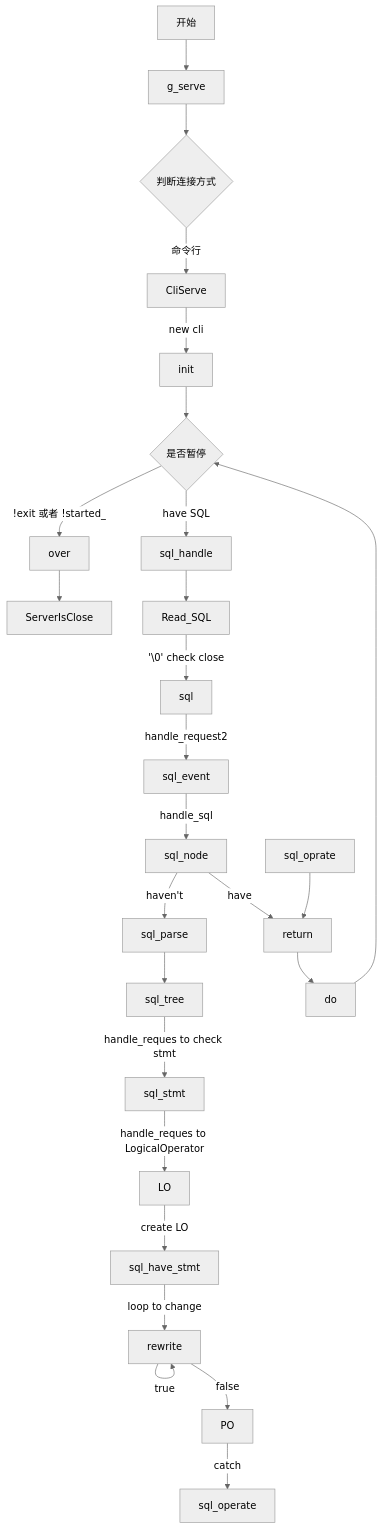
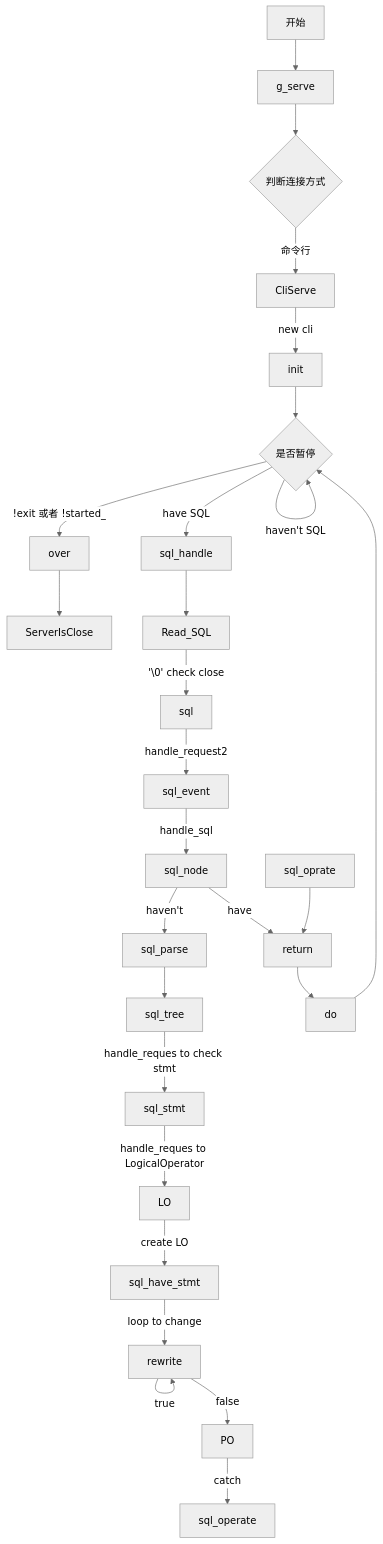
Before and after one commit to jyoushitou/Blog-Article: the diagram in article/2026_09_26.md, drawn with Mermaid (neutral theme).

Commit message:
20260926v14

````diff
--- a/article/2026_09_26.md
+++ b/article/2026_09_26.md
@@ -208,28 +208,29 @@
 ```mermaid
 graph TD
   main[开始] --> g_serve
   g_serve --> serve{判断连接方式}
   serve -->|命令行| cli[CliServe]
   cli --> |new cli| init
   init --> while{是否暂停}
   while --> |have SQL| sql_handle
+  while --> |haven't SQL| while
   while --> |!exit 或者 !started_ | over
   over --> ServerIsClose
   sql_handle --> Read_SQL
   Read_SQL --> |'\0' check close| sql
   sql -->  |handle_request2| sql_event
   sql_event --> |handle_sql| sql_node
   sql_node --> |have| return 
   sql_node --> |haven't| sql_parse
   sql_parse --> sql_tree
   sql_tree --> |handle_reques to check stmt| sql_stmt
   sql_stmt --> |handle_reques to LogicalOperator| LO
   LO --> |create LO| sql_have_stmt
   sql_have_stmt --> |loop to change| rewrite
   rewrite --> |true| rewrite
   rewrite --> |false| PO
   PO --> |catch| sql_operate
   sql_oprate -->return  
   return --> do
   do -->while
 ```
````
